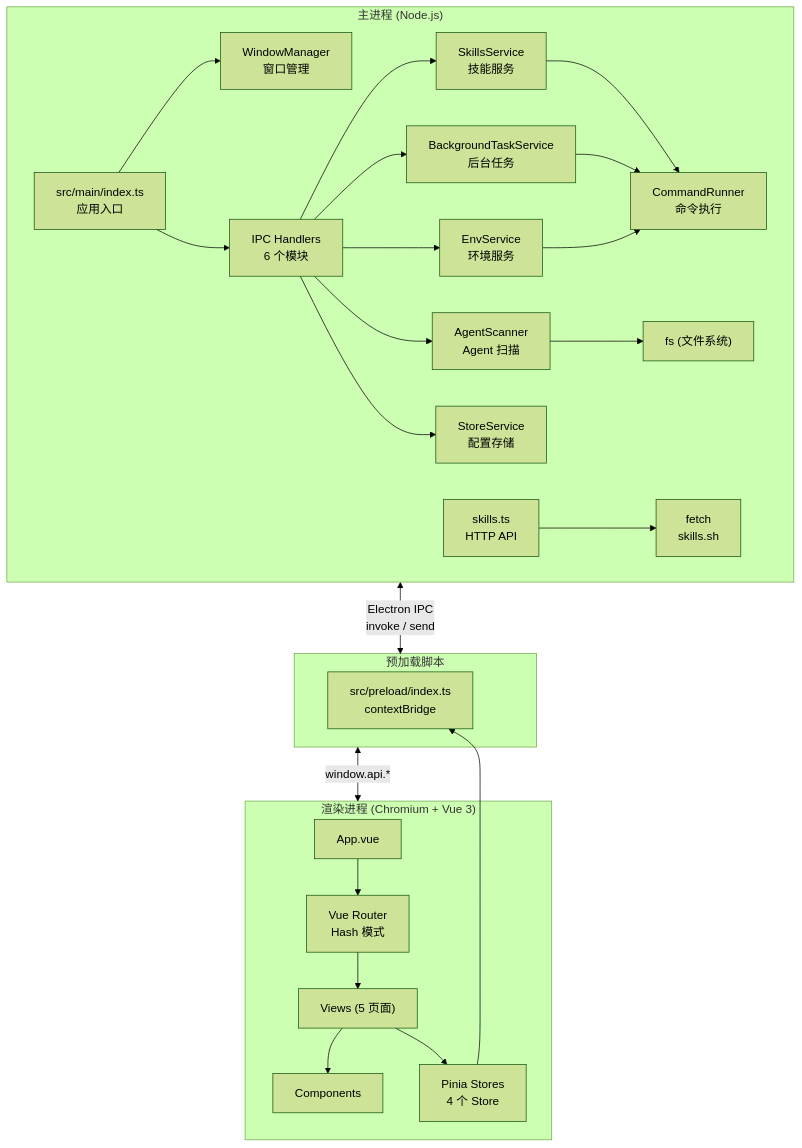
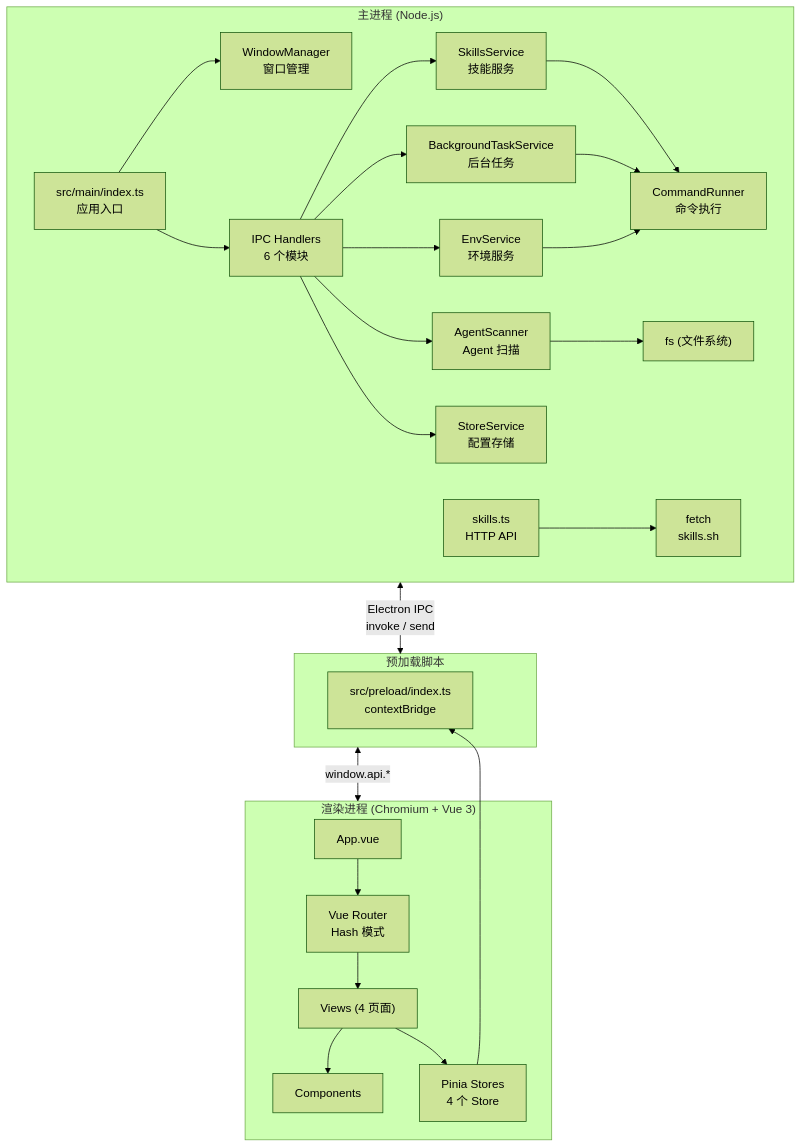
One commit to a2359117018/skillsDeck changed the first of 9 diagrams in Architecture.md. Above: the diagram before and after it, drawn with Mermaid (forest theme). The commit also changed other lines of this file and 4 other files, not shown here.

````diff
--- a/Architecture.md
+++ b/Architecture.md
@@ -116,49 +115,49 @@
 ```mermaid
 graph TB
     subgraph MainProcess["主进程 (Node.js)"]
         M_Index["src/main/index.ts<br/>应用入口"]
         WM["WindowManager<br/>窗口管理"]
         CR["CommandRunner<br/>命令执行"]
         SS["SkillsService<br/>技能服务"]
         AS["AgentScanner<br/>Agent 扫描"]
         ES["EnvService<br/>环境服务"]
         BTS["BackgroundTaskService<br/>后台任务"]
         STS["StoreService<br/>配置存储"]
         API["skills.ts<br/>HTTP API"]
         IPC["IPC Handlers<br/>6 个模块"]
 
         M_Index --> WM
         M_Index --> IPC
         IPC --> SS
         IPC --> AS
         IPC --> ES
         IPC --> BTS
         IPC --> STS
         SS --> CR
         BTS --> CR
         ES --> CR
         AS --> FS["fs (文件系统)"]
         API --> NET["fetch<br/>skills.sh"]
     end
 
     subgraph Preload["预加载脚本"]
         PL["src/preload/index.ts<br/>contextBridge"]
     end
 
     subgraph Renderer["渲染进程 (Chromium + Vue 3)"]
         App["App.vue"]
         Router["Vue Router<br/>Hash 模式"]
-        Views["Views (5 页面)"]
+        Views["Views (4 页面)"]
         Stores["Pinia Stores<br/>4 个 Store"]
         Comps["Components"]
 
         App --> Router
         Router --> Views
         Views --> Comps
         Views --> Stores
         Stores --> PL
     end
 
     MainProcess <-->|"Electron IPC<br/>invoke / send"| Preload
     Preload <-->|"window.api.*"| Renderer
 ```
````
